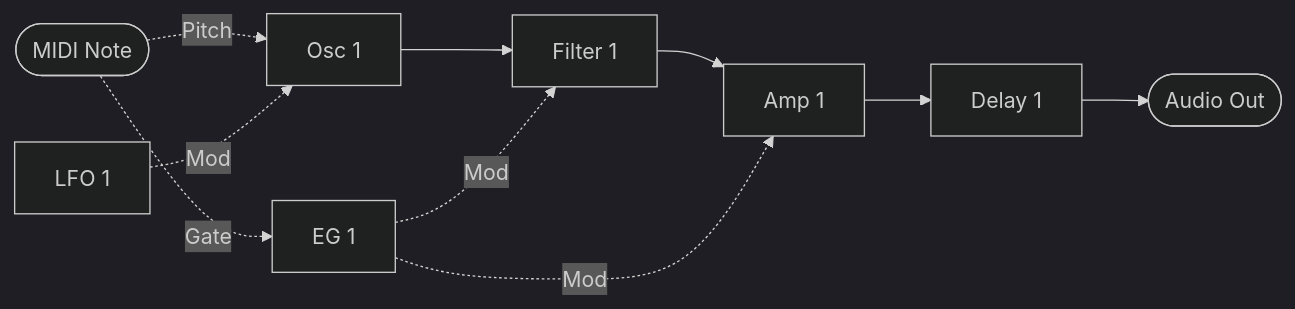
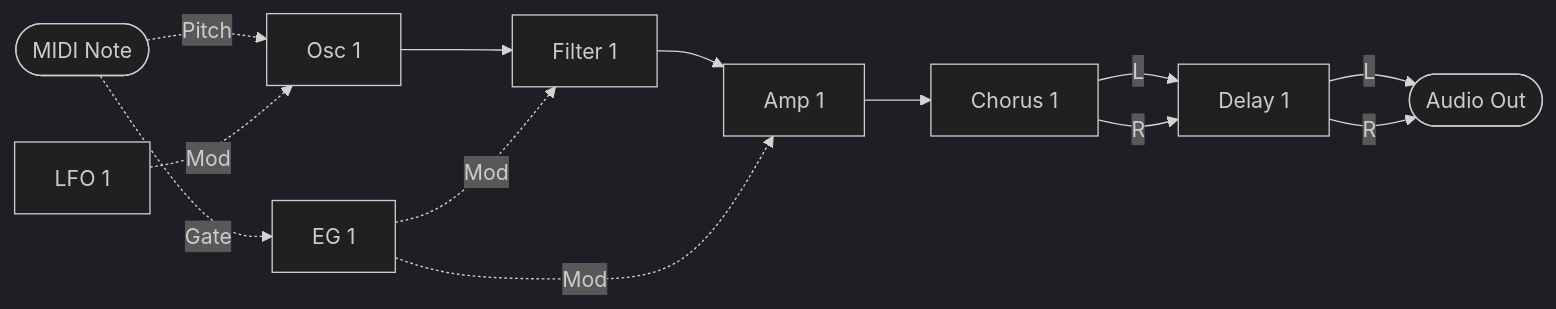
One commit to risgk/midi_synthesizer_spms1 changed the first of 6 diagrams in spms1_type2/README.ja.md. Above: the diagram before and after it, drawn with Mermaid (dark theme). The commit also changed other lines of this file and 10 other files, not shown here.

First line of the commit message:
type-2: Add Chorus 1 (mono in, stereo out) before Delay 1, make Delay 1 stereo, and make the final output stereo

````diff
--- a/spms1_type2/README.ja.md
+++ b/spms1_type2/README.ja.md
@@ -131,22 +133,26 @@
 ```mermaid
 flowchart LR
   NOTE([MIDI Note])
   LFO[LFO 1]
   EG[EG 1]
   OSC[Osc 1]
   FILTER[Filter 1]
   AMP[Amp 1]
+  CHORUS[Chorus 1]
   DELAY[Delay 1]
   OUT([Audio Out])
 
   OSC --> FILTER
   FILTER --> AMP
-  AMP --> DELAY
-  DELAY --> OUT
+  AMP --> CHORUS
+  CHORUS -->|L| DELAY
+  CHORUS -->|R| DELAY
+  DELAY -->|L| OUT
+  DELAY -->|R| OUT
 
   NOTE -. Gate .-> EG
   NOTE -. Pitch .-> OSC
   LFO -. Mod .-> OSC
   EG -. Mod .-> FILTER
   EG -. Mod .-> AMP
 ```
````
